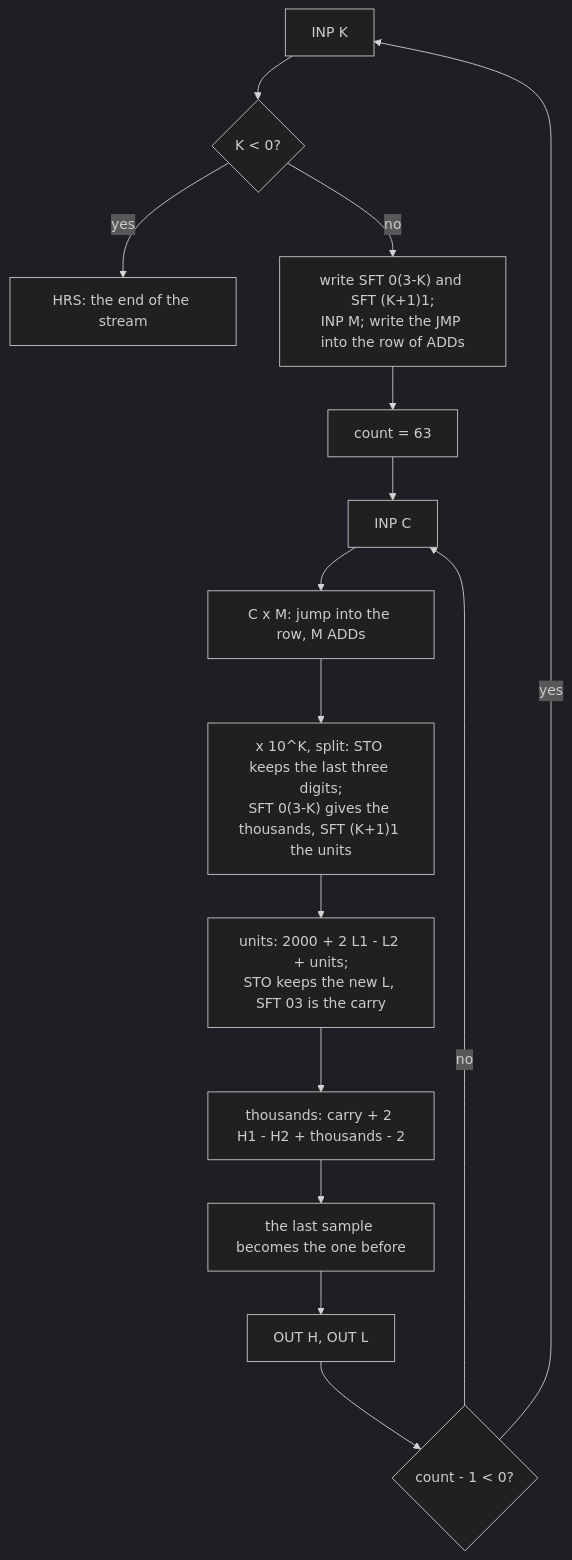
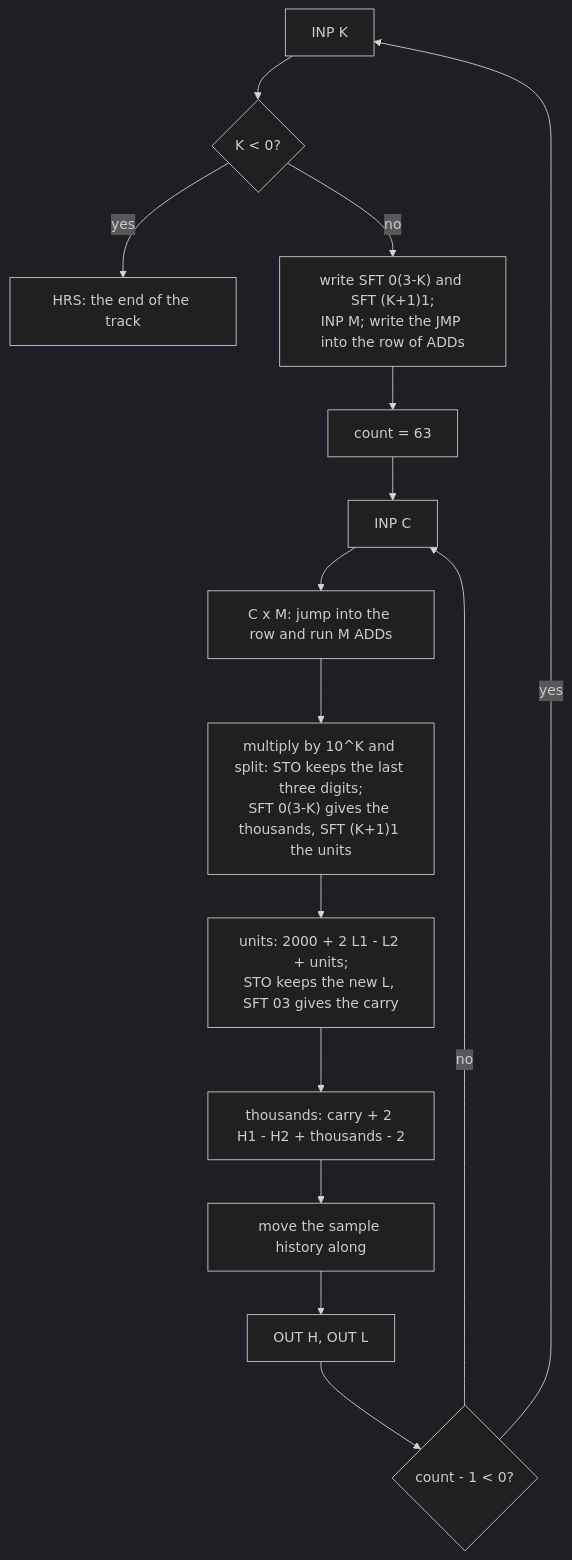
The second of 4 diagrams in docs/AUDIO.md (StrangeQuery/cardiaq), drawn with Mermaid (dark theme) before and after one commit. The commit also changed other lines of this file and 2 other files, not shown here.

````diff
--- a/docs/AUDIO.md
+++ b/docs/AUDIO.md
@@ -203,17 +226,17 @@
 ```mermaid
 flowchart TD
   K["INP K"] --> E{"K < 0?"}
-  E -->|yes| X["HRS: the end of the stream"]
+  E -->|yes| X["HRS: the end of the track"]
   E -->|no| W["write SFT 0(3-K) and SFT (K+1)1;<br/>INP M; write the JMP into the row of ADDs"]
   W --> N["count = 63"]
   N --> C["INP C"]
-  C --> M["C x M: jump into the row, M ADDs"]
-  M --> S["x 10^K, split: STO keeps the last three digits;<br/>SFT 0(3-K) gives the thousands, SFT (K+1)1 the units"]
-  S --> U["units: 2000 + 2 L1 - L2 + units;<br/>STO keeps the new L, SFT 03 is the carry"]
+  C --> M["C x M: jump into the row and run M ADDs"]
+  M --> S["multiply by 10^K and split: STO keeps the last three digits;<br/>SFT 0(3-K) gives the thousands, SFT (K+1)1 the units"]
+  S --> U["units: 2000 + 2 L1 - L2 + units;<br/>STO keeps the new L, SFT 03 gives the carry"]
   U --> T["thousands: carry + 2 H1 - H2 + thousands - 2"]
-  T --> R["the last sample becomes the one before"]
+  T --> R["move the sample history along"]
   R --> O["OUT H, OUT L"]
   O --> Q{"count - 1 < 0?"}
   Q -->|no| C
   Q -->|yes| K
 ```
````
